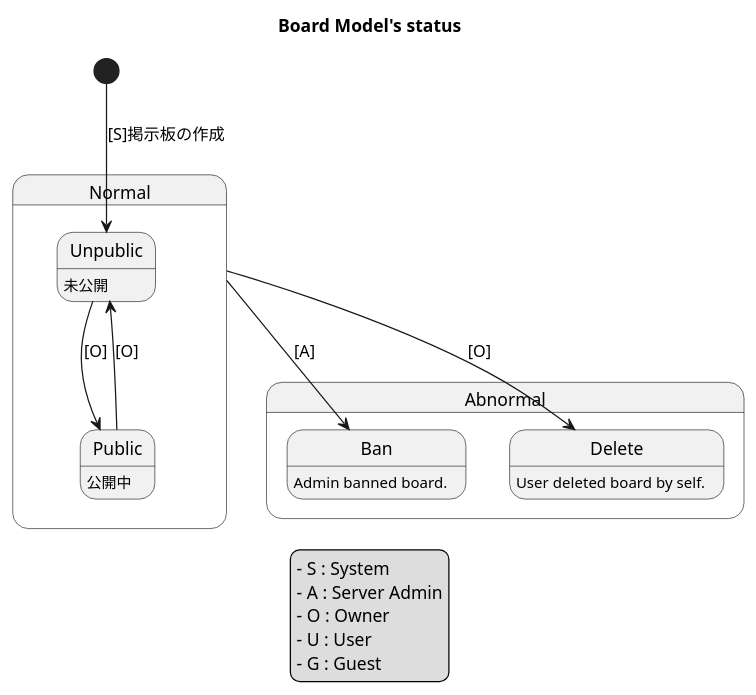
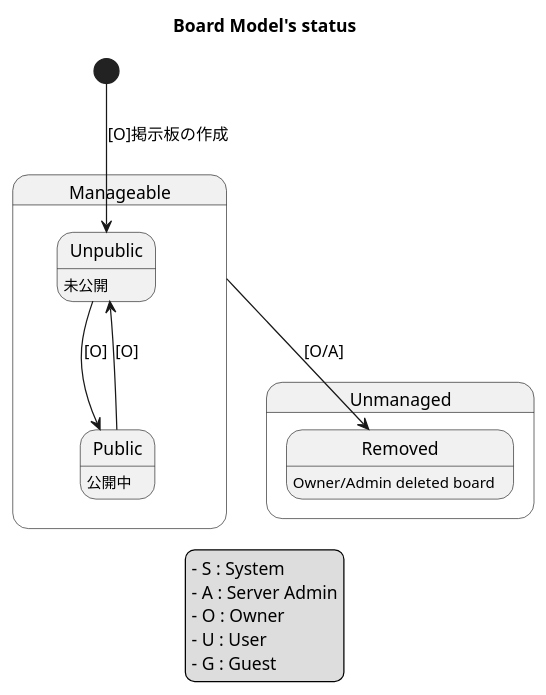
Before and after one commit to tetsuyainfra/nextbbs-rails: the diagram in doc/charts/activities/board_status.pu, drawn with PlantUML. The commit also changed 82 other files, not shown here.

```diff
--- a/doc/charts/activities/board_status.pu
+++ b/doc/charts/activities/board_status.pu
@@ -2,31 +2,29 @@
 @startuml
 title Board Model's status
 
 
 
-state Normal{
+state Manageable {
   Public   : 公開中
   Unpublic : 未公開
 }
 
-state Abnormal{
-  Ban    : Admin banned board.
-  Delete : User deleted board by self.
+state Unmanaged {
+  Removed : Owner/Admin deleted board
 }
 
-[*]      -down-> Unpublic : [S]掲示板の作成
+[*]      -down-> Unpublic : [O]掲示板の作成
 Unpublic -down-> Public : [O]
 Public   -up-> Unpublic : [O]
 
-Normal --> Ban : [A]
-Normal --> Delete : [O]
+Manageable --> Removed : [O/A]
 
 legend
 - S : System
 - A : Server Admin
 - O : Owner
 - U : User
 - G : Guest
 end legend
 
 @enduml
```
